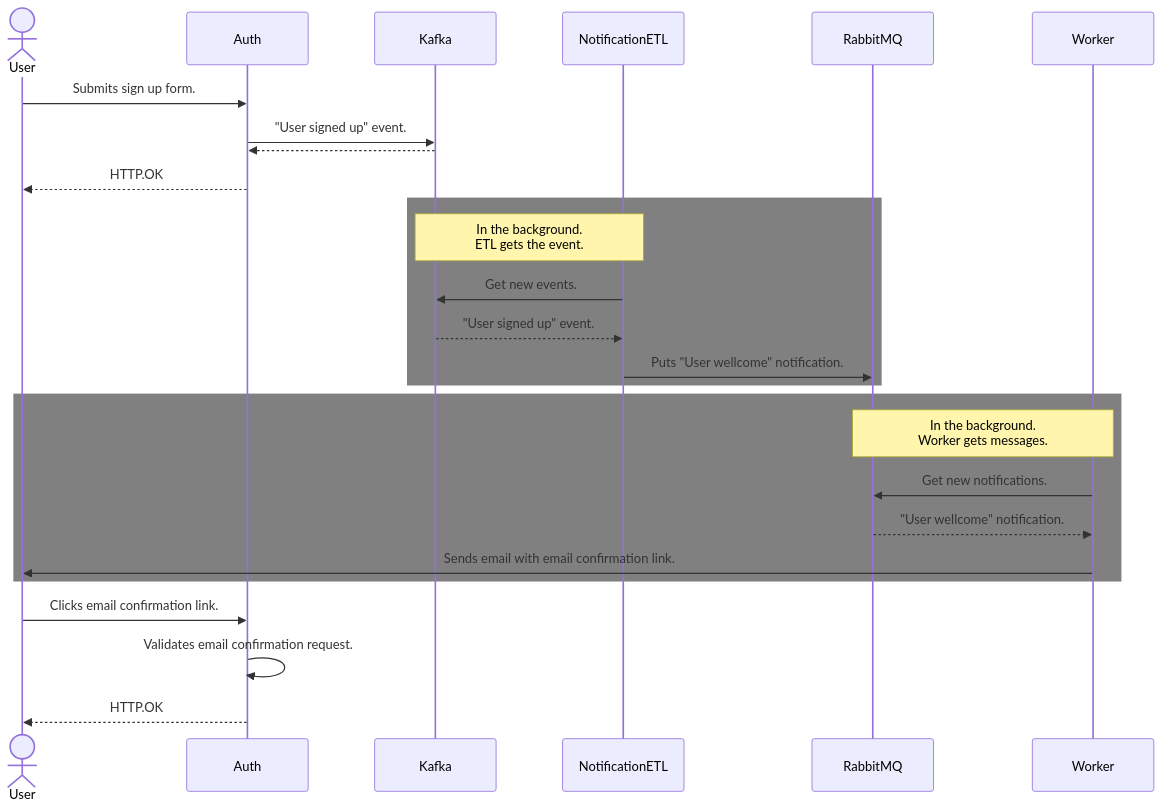
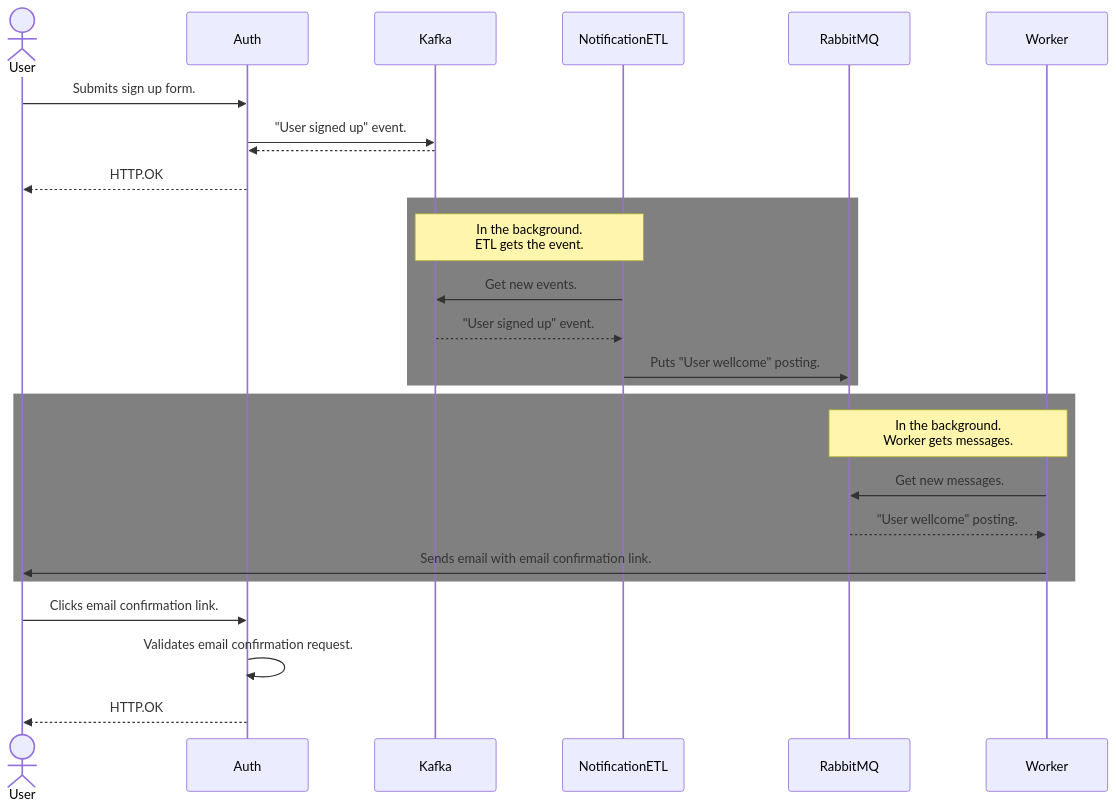
Before and after one commit to zhovtanovskaya/AlexPunches_Async_API_sprint_1: the diagram in documentation/design/sprint_10/2023_02_19_auth_events_to_kafka.md, drawn with Mermaid. The commit also changed other lines of this file, not shown here.

Commit message:
Добавлена диаграмма классов ETL в 2023_02_19_auth_events_to_kafka.md #137

````diff
--- a/documentation/design/sprint_10/2023_02_19_auth_events_to_kafka.md
+++ b/documentation/design/sprint_10/2023_02_19_auth_events_to_kafka.md
@@ -1,26 +3,24 @@
 ```mermaid
 sequenceDiagram
     actor User
     
     User ->> Auth: Submits sign up form.
     Auth ->> Kafka: "User signed up" event.
     Kafka -->> Auth: 
     Auth -->> User: HTTP.OK
-    
     rect grey
         Note over NotificationETL,Kafka: In the background.<br/>ETL gets the event.
         NotificationETL ->> Kafka: Get new events. 
         Kafka -->> NotificationETL: "User signed up" event.
-        NotificationETL ->> RabbitMQ: Puts "User wellcome" notification.
+        NotificationETL ->> RabbitMQ: Puts "User wellcome" posting.
     end
     rect grey       
         Note over Worker,RabbitMQ: In the background.<br/>Worker gets messages.
-        Worker ->> RabbitMQ: Get new notifications.
-        RabbitMQ -->> Worker: "User wellcome" notification.
+        Worker ->> RabbitMQ: Get new messages.
+        RabbitMQ -->> Worker: "User wellcome" posting.
         Worker ->> User: Sends email with email confirmation link.
-    end
-    
+    end 
     User ->> Auth: Clicks email confirmation link.
     Auth ->> Auth: Validates email confirmation request.
     Auth -->> User: HTTP.OK 
 ```
````
